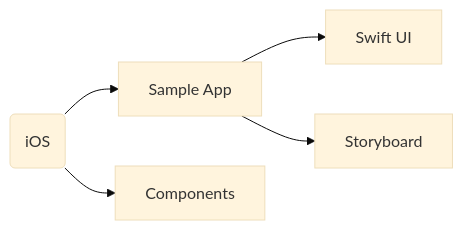
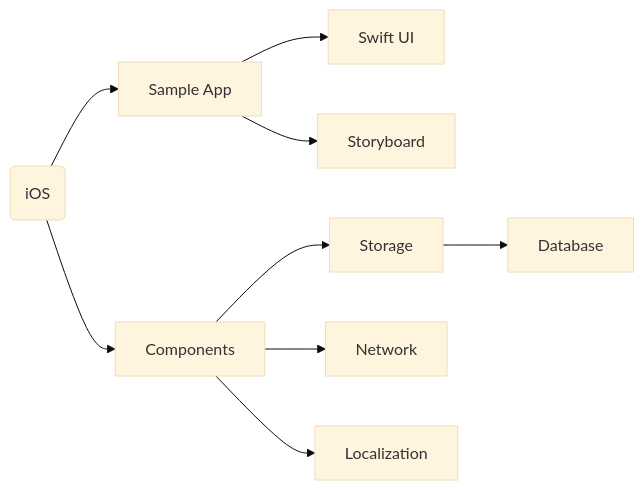
Before and after one commit to Packiaseelan/test: the diagram in README.md, drawn with Mermaid (base theme).

````diff
--- a/README.md
+++ b/README.md
@@ -3,12 +3,18 @@
 ```mermaid
 graph LR
 
 A(iOS)
 
 A --> B[Sample App]
 A --> C[Components]
 
 B --> B1[Swift UI]
 B --> B2[Storyboard]
 
+C --> C1[Storage]
+C --> C2[Network]
+C --> C3[Localization]
+
+C1 --> C11[Database]
+
 ```
````
